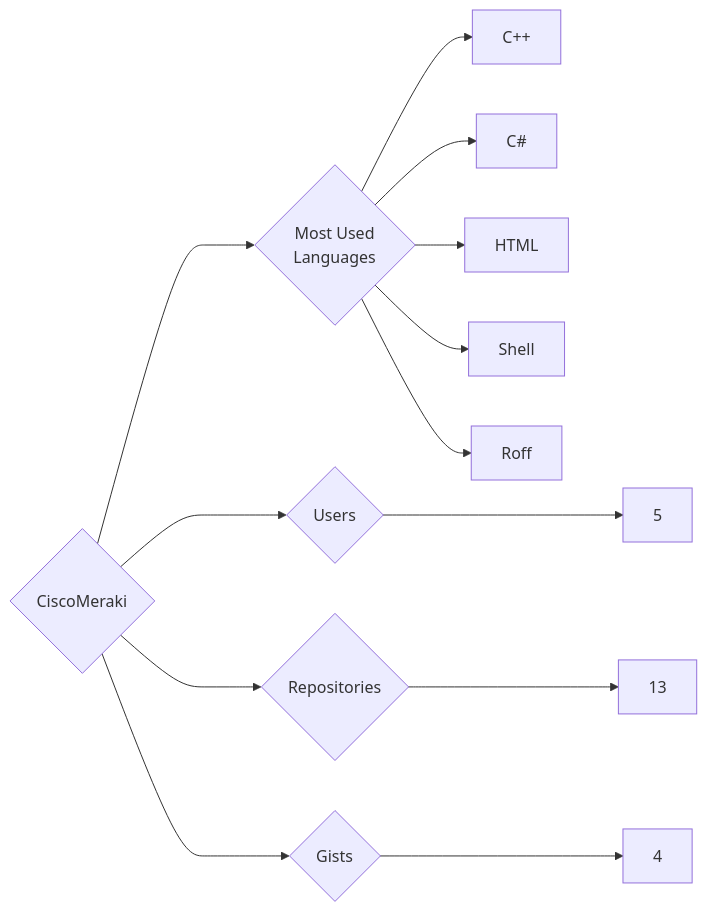
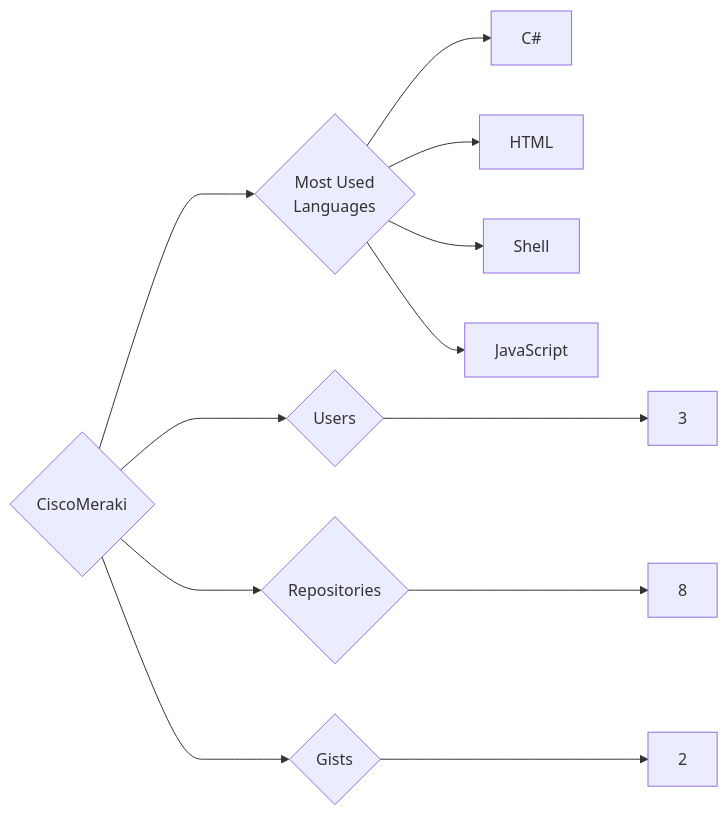
The diagram in targets/CiscoMeraki/README.md (trickest/insiders), drawn with Mermaid before and after one commit. The commit also changed 1238 other files, not shown here.

````diff
--- a/targets/CiscoMeraki/README.md
+++ b/targets/CiscoMeraki/README.md
@@ -3,13 +3,12 @@
 ```mermaid
 graph LR
 COMPANY_NAME{CiscoMeraki}
-COMPANY_NAME ---> U{Users} ---> UN[5]
-COMPANY_NAME ---> R{Repositories} ---> RN[13]
-COMPANY_NAME ---> G{Gists} ---> GN[4]
+COMPANY_NAME ---> U{Users} ---> UN[3]
+COMPANY_NAME ---> R{Repositories} ---> RN[8]
+COMPANY_NAME ---> G{Gists} ---> GN[2]
 COMPANY_NAME ---> ML{Most Used<br>Languages}
-ML --> C++[C++]
 ML --> C#[C#]
 ML --> HTML[HTML]
 ML --> Shell[Shell]
-ML --> Roff[Roff]
+ML --> JavaScript[JavaScript]
 ```
````
